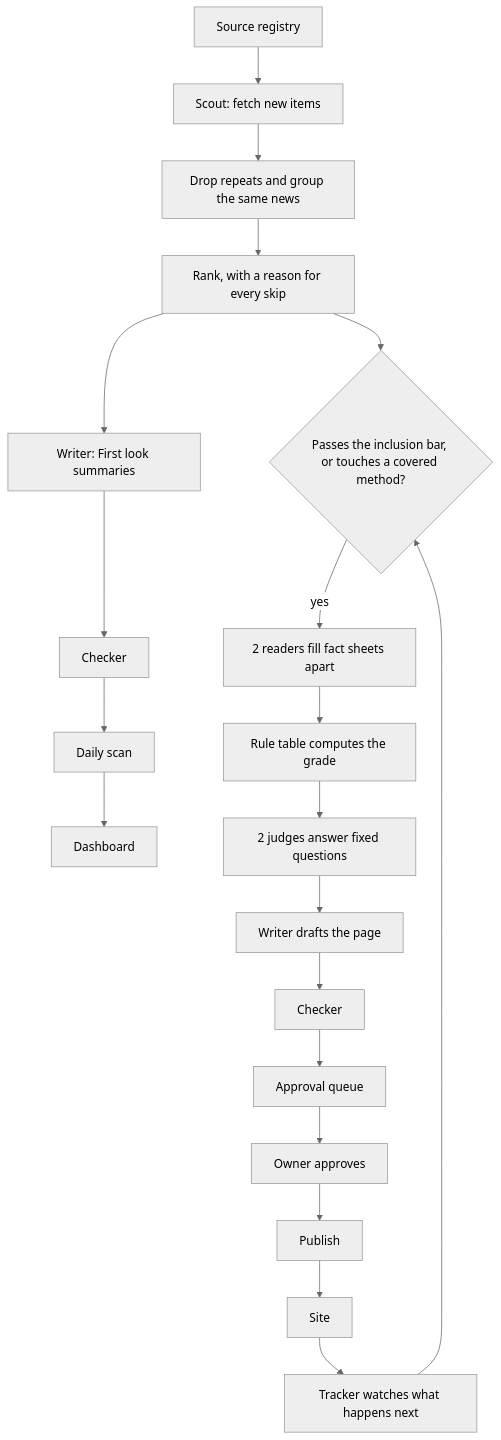
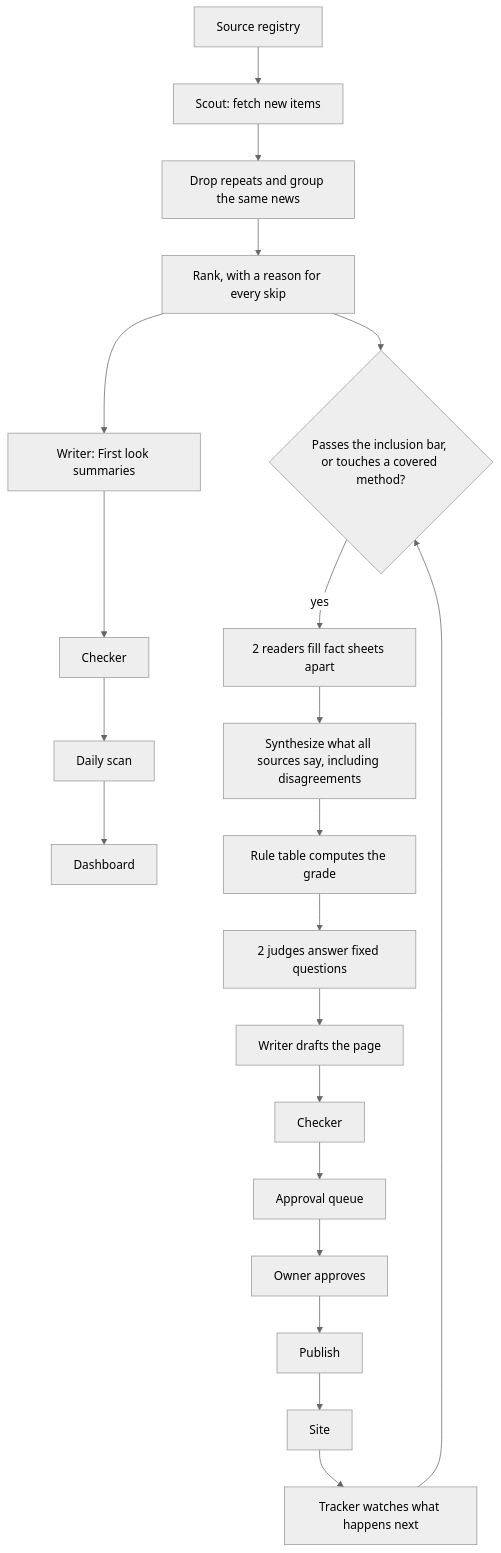
One commit to euglopi/AIScaleDev changed the first of 2 diagrams in docs/high-level-design.md. Above: the diagram before and after it, drawn with Mermaid (neutral theme). The commit also changed other lines of this file and 1 other file, not shown here.

First line of the commit message:
Name synthesis in the mission and settle grade timing and privacy

````diff
--- a/docs/high-level-design.md
+++ b/docs/high-level-design.md
@@ -144,22 +154,23 @@
 ```mermaid
 flowchart TD
     reg[Source registry] --> scout["Scout: fetch new items"]
     scout --> dedupe[Drop repeats and group the same news]
     dedupe --> rank["Rank, with a reason for every skip"]
     rank --> first["Writer: First look summaries"]
     first --> check1[Checker]
     check1 --> scan[Daily scan]
     scan --> dash[Dashboard]
     rank --> cand{"Passes the inclusion bar, or touches a covered method?"}
     cand -->|yes| read[2 readers fill fact sheets apart]
-    read --> rule[Rule table computes the grade]
+    read --> synth["Synthesize what all sources say, including disagreements"]
+    synth --> rule[Rule table computes the grade]
     rule --> judge[2 judges answer fixed questions]
     judge --> write[Writer drafts the page]
     write --> check2[Checker]
     check2 --> queue[Approval queue]
     queue --> approve[Owner approves]
     approve --> publish[Publish]
     publish --> site[Site]
     site --> track[Tracker watches what happens next]
     track --> cand
 ```
````
